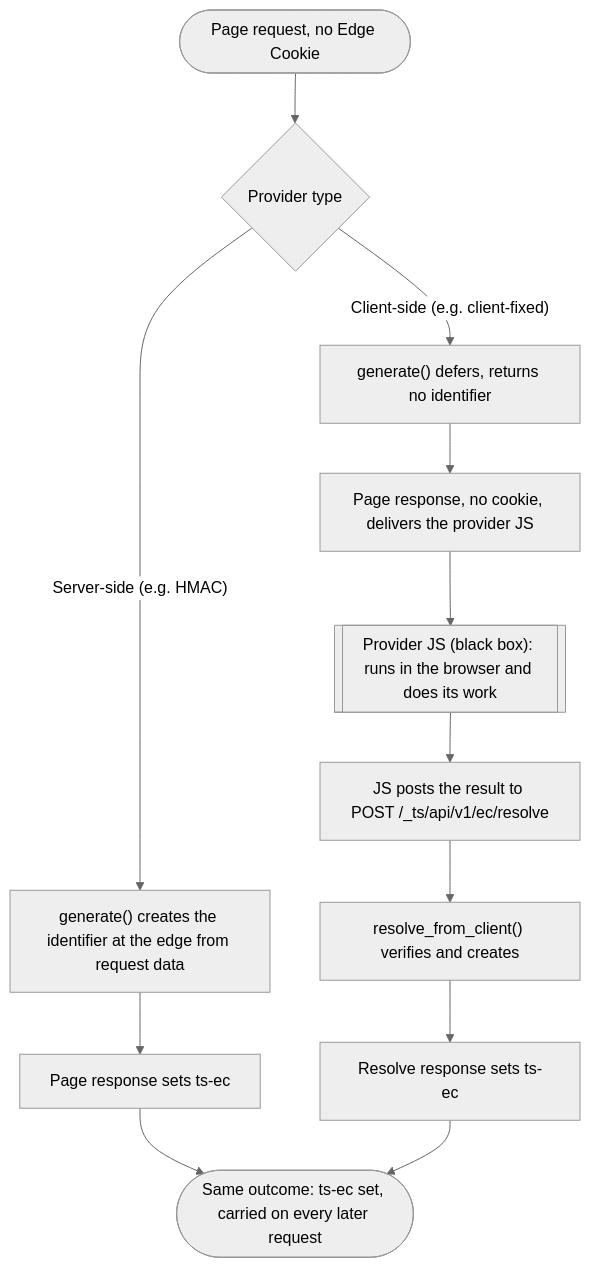
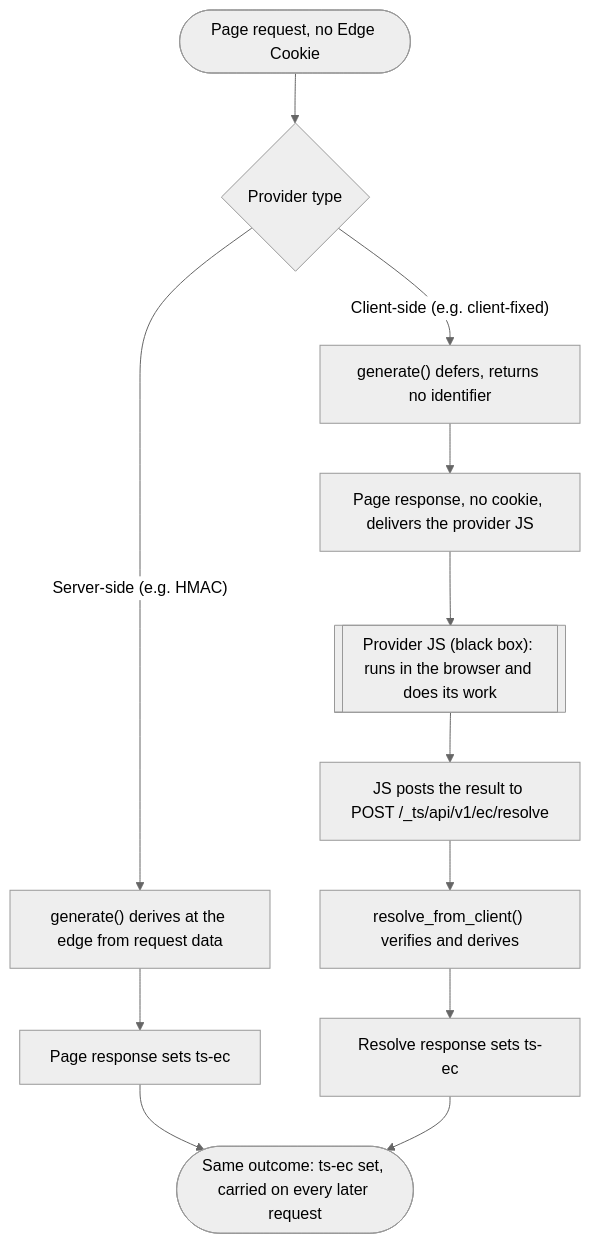
Before and after one commit to IABTechLab/trusted-server: the fourth of 7 diagrams in docs/guide/edge-cookies.md, drawn with Mermaid (neutral theme). The commit also changed other lines of this file and 20 other files, not shown here.

````diff
--- a/docs/guide/edge-cookies.md
+++ b/docs/guide/edge-cookies.md
@@ -118,17 +118,17 @@
 ```mermaid
 flowchart TD
     Start(["Page request, no Edge Cookie"]) --> Type{"Provider type"}
 
-    Type -->|"Server-side (e.g. HMAC)"| SGen["generate() creates the identifier at the edge from request data"]
+    Type -->|"Server-side (e.g. HMAC)"| SGen["generate() derives at the edge from request data"]
     SGen --> SSet["Page response sets ts-ec"]
 
     Type -->|"Client-side (e.g. client-fixed)"| CDefer["generate() defers, returns no identifier"]
     CDefer --> CPage["Page response, no cookie, delivers the provider JS"]
     CPage --> CBox[["Provider JS (black box): runs in the browser and does its work"]]
     CBox --> CPost["JS posts the result to POST /_ts/api/v1/ec/resolve"]
-    CPost --> CResolve["resolve_from_client() verifies and creates"]
+    CPost --> CResolve["resolve_from_client() verifies and derives"]
     CResolve --> CSet["Resolve response sets ts-ec"]
 
     SSet --> Same(["Same outcome: ts-ec set, carried on every later request"])
     CSet --> Same
 ```
````
